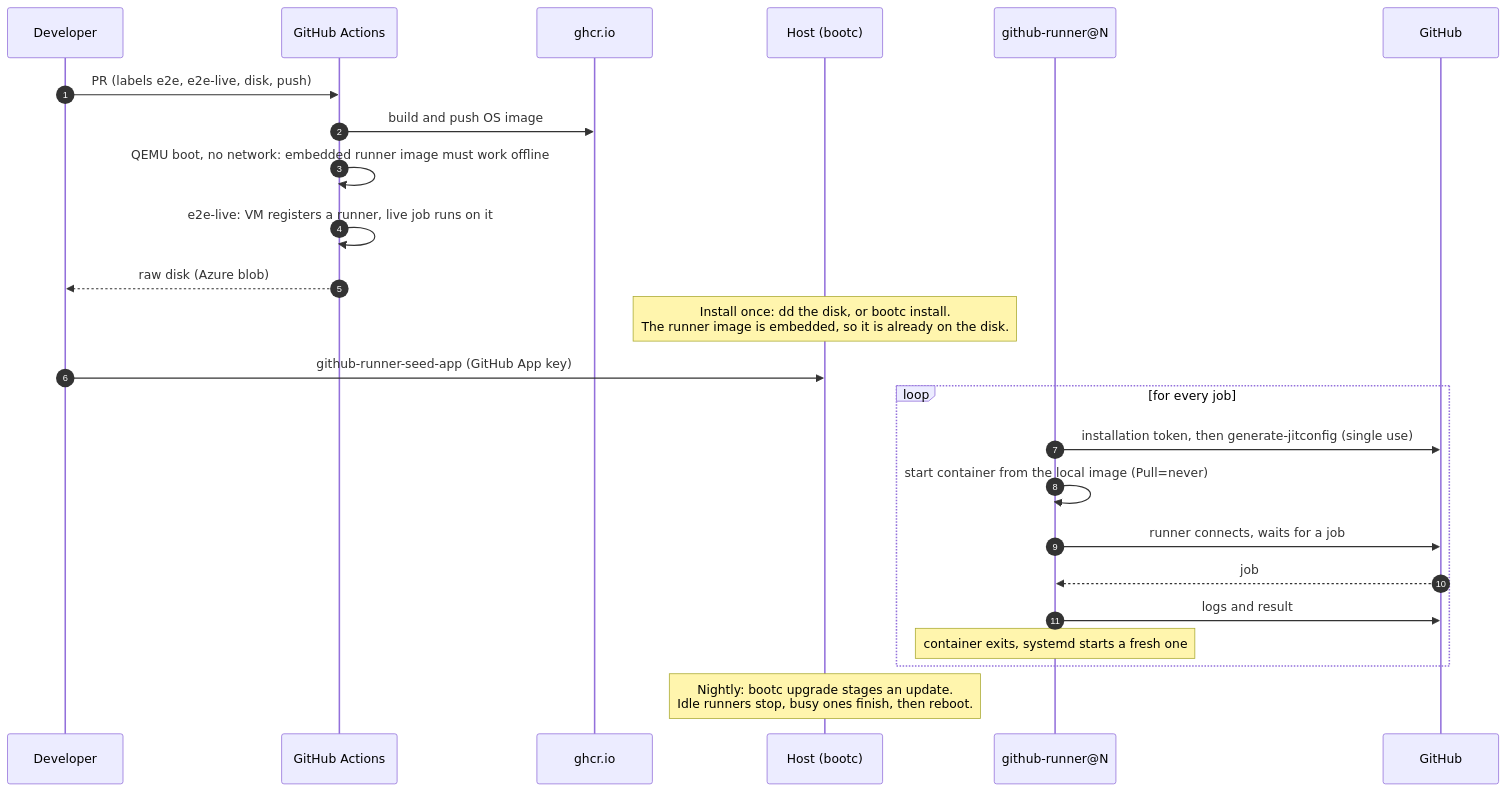
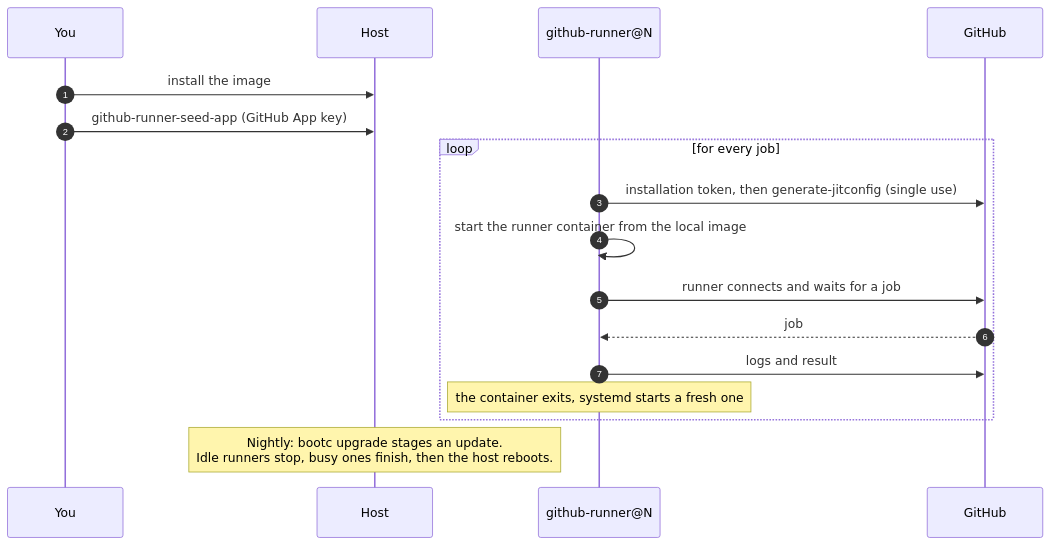
Before and after one commit to cthtrifork/github-runner-bootc: the second of 2 diagrams in docs/architecture.md, drawn with Mermaid. The commit also changed other lines of this file and 31 other files, not shown here.

````diff
--- a/docs/architecture.md
+++ b/docs/architecture.md
@@ -59,30 +41,22 @@
 ```mermaid
 sequenceDiagram
     autonumber
-    participant D as Developer
-    participant CI as GitHub Actions
-    participant R as ghcr.io
-    participant H as Host (bootc)
+    participant U as You
+    participant H as Host
     participant S as github-runner@N
     participant G as GitHub
 
-    D->>CI: PR (labels e2e, e2e-live, disk, push)
-    CI->>R: build and push OS image
-    CI->>CI: QEMU boot, no network: embedded runner image must work offline
-    CI->>CI: e2e-live: VM registers a runner, live job runs on it
-    CI-->>D: raw disk (Azure blob)
-
-    Note over H: Install once: dd the disk, or bootc install.<br/>The runner image is embedded, so it is already on the disk.
-    D->>H: github-runner-seed-app (GitHub App key)
+    U->>H: install the image
+    U->>H: github-runner-seed-app (GitHub App key)
 
     loop for every job
         S->>G: installation token, then generate-jitconfig (single use)
-        S->>S: start container from the local image (Pull=never)
-        S->>G: runner connects, waits for a job
+        S->>S: start the runner container from the local image
+        S->>G: runner connects and waits for a job
         G-->>S: job
         S->>G: logs and result
-        Note over S: container exits, systemd starts a fresh one
+        Note over S: the container exits, systemd starts a fresh one
     end
 
-    Note over H: Nightly: bootc upgrade stages an update.<br/>Idle runners stop, busy ones finish, then reboot.
+    Note over H: Nightly: bootc upgrade stages an update.<br/>Idle runners stop, busy ones finish, then the host reboots.
 ```
````
